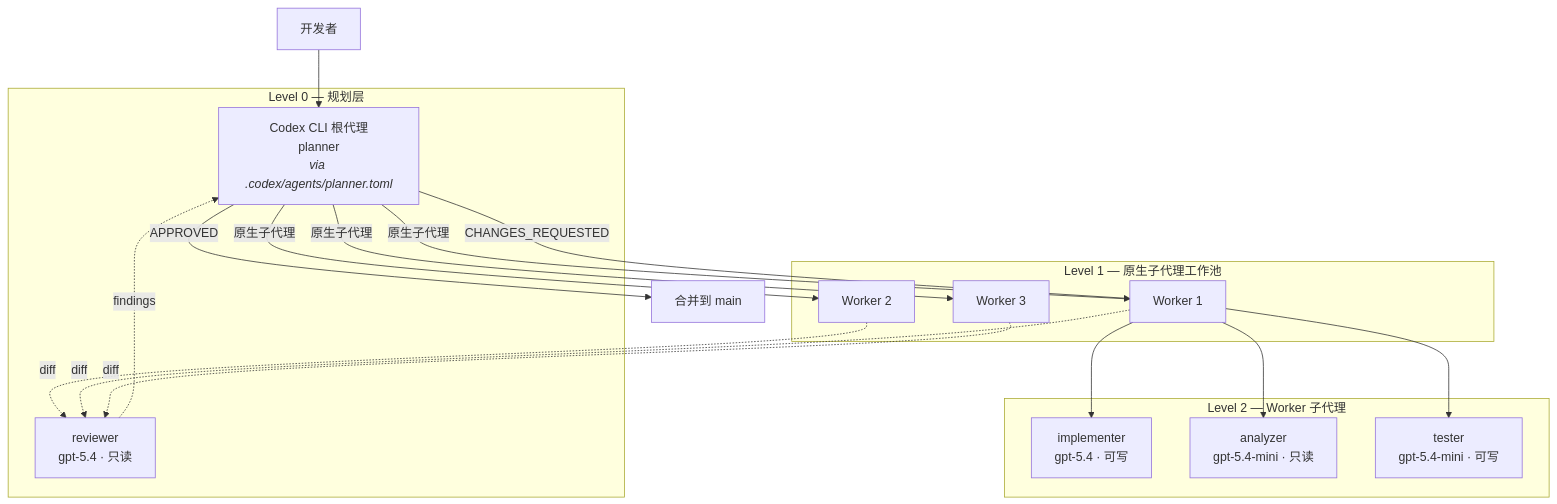
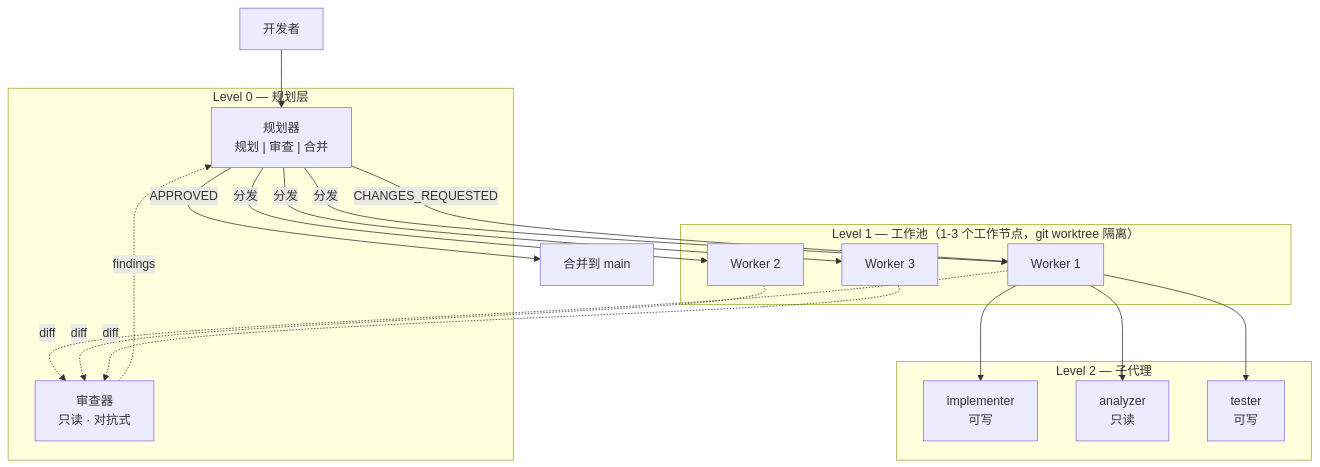
One commit to fzhiy/multi-agent-dev-framework changed the diagram in README_CN.md. Above: the diagram before and after it, drawn with Mermaid. The commit also changed other lines of this file and 1 other file, not shown here.

Commit message:
docs: generalize architecture diagram to be provider-agnostic

````diff
--- a/README_CN.md
+++ b/README_CN.md
@@ -110,36 +20,37 @@
 ```mermaid
 graph TB
     Human["开发者"] --> Planner
 
     subgraph "Level 0 — 规划层"
-        Planner["Codex CLI 根代理<br/>planner<br/><i>via .codex/agents/planner.toml</i>"]
-        Reviewer["reviewer<br/>gpt-5.4 · 只读"]
+        Planner["规划器<br/>规划 | 审查 | 合并"]
+        Reviewer["审查器<br/>只读 · 对抗式"]
     end
 
-    subgraph "Level 1 — 原生子代理工作池"
+    subgraph "Level 1 — 工作池（1-3 个工作节点，git worktree 隔离）"
         W1["Worker 1"]
         W2["Worker 2"]
         W3["Worker 3"]
     end
 
-    subgraph "Level 2 — Worker 子代理"
-        impl["implementer<br/>gpt-5.4 · 可写"]
-        analyzer["analyzer<br/>gpt-5.4-mini · 只读"]
-        tester["tester<br/>gpt-5.4-mini · 可写"]
+    subgraph "Level 2 — 子代理"
+        impl["implementer<br/>可写"]
+        analyzer["analyzer<br/>只读"]
+        tester["tester<br/>可写"]
     end
 
-    Planner -->|"原生子代理"| W1
-    Planner -->|"原生子代理"| W2
-    Planner -->|"原生子代理"| W3
+    Planner -->|"分发"| W1
+    Planner -->|"分发"| W2
+    Planner -->|"分发"| W3
 
     W1 --> impl
     W1 --> analyzer
     W1 --> tester
+
+    W1 -.->|"diff"| Reviewer
     W2 -.->|"diff"| Reviewer
-    W1 -.->|"diff"| Reviewer
     W3 -.->|"diff"| Reviewer
     Reviewer -.->|"findings"| Planner
 
     Planner -->|"APPROVED"| Merge["合并到 main"]
     Planner -->|"CHANGES_REQUESTED"| W1
 ```
````
